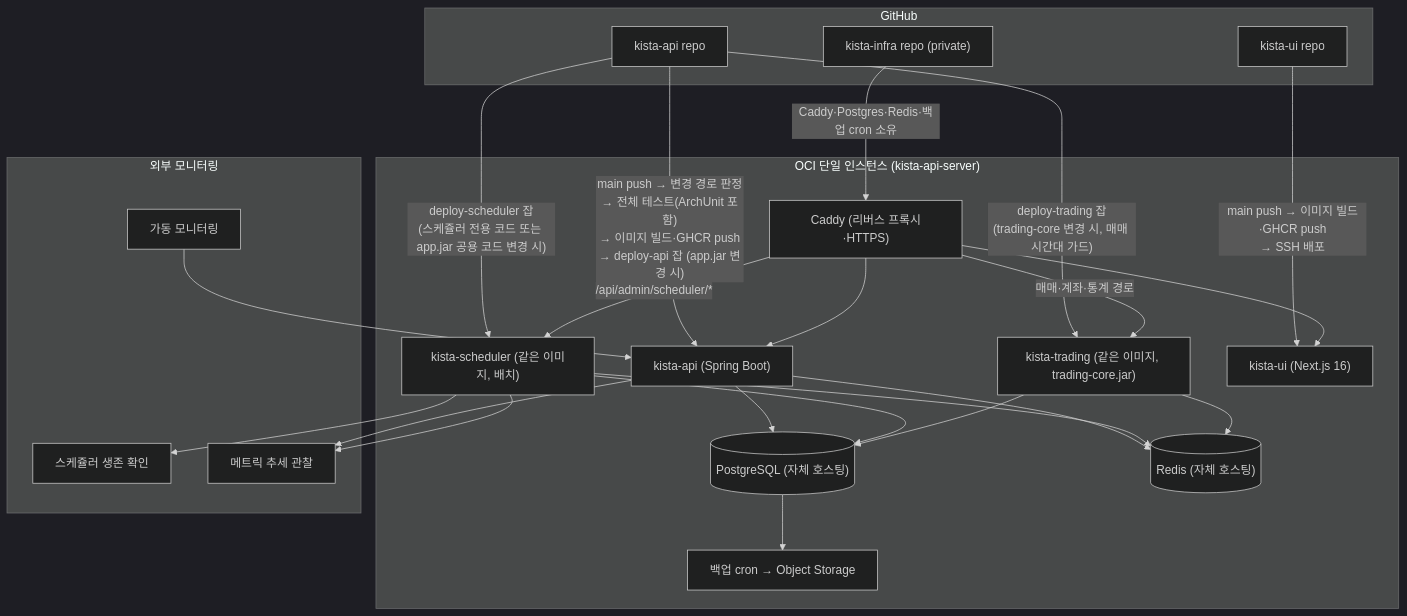
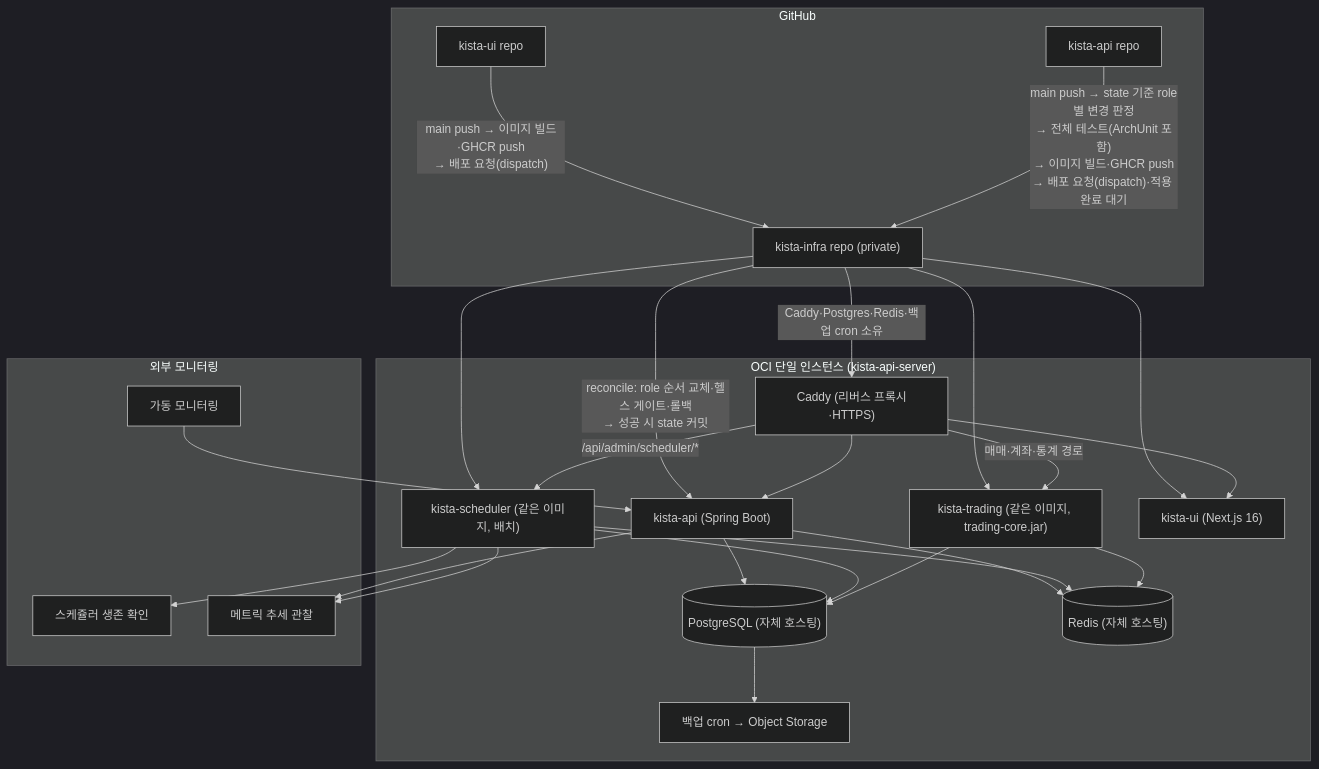
One commit to narafu/kista-api changed the third of 3 diagrams in README.md. Above: the diagram before and after it, drawn with Mermaid (dark theme). The commit also changed other lines of this file and 29 other files, not shown here.

First line of the commit message:
refactor(deploy): kista-infra reconcile dispatch 방식으로 배포 파이프라인 교체 + 매매 가드·role별 배포 잡 삭제

````diff
--- a/README.md
+++ b/README.md
@@ -90,46 +90,48 @@
 ```mermaid
 graph TB
     subgraph GH["GitHub"]
         RepoUI["kista-ui repo"]
         RepoAPI["kista-api repo"]
         RepoInfra["kista-infra repo (private)"]
     end
 
     subgraph OciInfra["OCI 단일 인스턴스 (kista-api-server)"]
         Caddy["Caddy (리버스 프록시·HTTPS)"]
         APIApp["kista-api (Spring Boot)"]
         SchedApp["kista-scheduler (같은 이미지, 배치)"]
         TradingApp["kista-trading (같은 이미지, trading-core.jar)"]
         UIApp["kista-ui (Next.js 16)"]
         PG[("PostgreSQL (자체 호스팅)")]
         Redis[("Redis (자체 호스팅)")]
         Backup["백업 cron → Object Storage"]
     end
 
     subgraph Monitoring["외부 모니터링"]
         Uptime["가동 모니터링"]
         HC["스케쥴러 생존 확인"]
         Grafana["메트릭 추세 관찰"]
     end
 
-    RepoUI -->|"main push → 이미지 빌드·GHCR push<br/>→ SSH 배포"| UIApp
-    RepoAPI -->|"main push → 변경 경로 판정<br/>→ 전체 테스트(ArchUnit 포함)<br/>→ 이미지 빌드·GHCR push<br/>→ deploy-api 잡 (app.jar 변경 시)"| APIApp
-    RepoAPI -->|"deploy-scheduler 잡<br/>(스케쥴러 전용 코드 또는 app.jar 공용 코드 변경 시)"| SchedApp
-    RepoAPI -->|"deploy-trading 잡<br/>(trading-core 변경 시, 매매 시간대 가드)"| TradingApp
+    RepoUI -->|"main push → 이미지 빌드·GHCR push<br/>→ 배포 요청(dispatch)"| RepoInfra
+    RepoAPI -->|"main push → state 기준 role별 변경 판정<br/>→ 전체 테스트(ArchUnit 포함)<br/>→ 이미지 빌드·GHCR push<br/>→ 배포 요청(dispatch)·적용 완료 대기"| RepoInfra
+    RepoInfra -->|"reconcile: role 순서 교체·헬스 게이트·롤백<br/>→ 성공 시 state 커밋"| APIApp
+    RepoInfra --> SchedApp
+    RepoInfra --> TradingApp
+    RepoInfra --> UIApp
     RepoInfra -->|"Caddy·Postgres·Redis·백업 cron 소유"| Caddy
     Caddy --> APIApp
     Caddy -->|"/api/admin/scheduler/*"| SchedApp
     Caddy -->|"매매·계좌·통계 경로"| TradingApp
     Caddy --> UIApp
     APIApp --> PG
     SchedApp --> PG
     TradingApp --> PG
     APIApp --> Redis
     SchedApp --> Redis
     TradingApp --> Redis
     PG --> Backup
     Uptime --> APIApp
     SchedApp --> HC
     APIApp --> Grafana
     SchedApp --> Grafana
 ```
````
